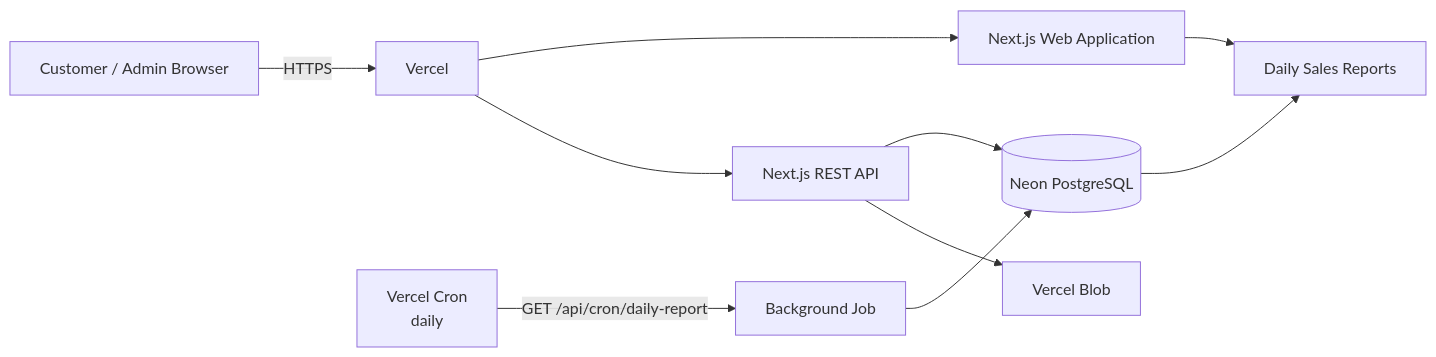
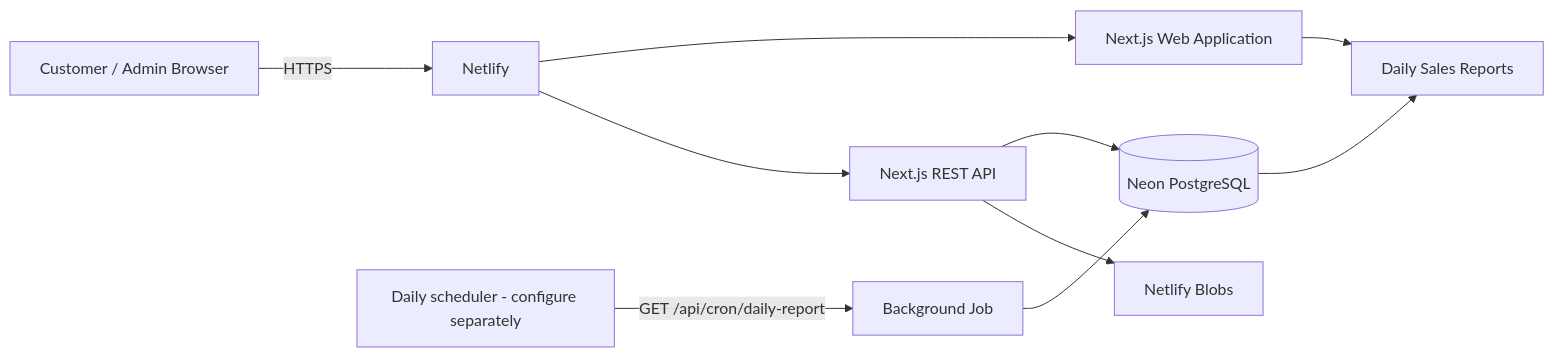
One commit to RositaRai/flower-shop changed the diagram in README.md. Above: the diagram before and after it, drawn with Mermaid. The commit also changed other lines of this file and 3 other files, not shown here.

````diff
--- a/README.md
+++ b/README.md
@@ -117,16 +132,16 @@
 ```mermaid
 flowchart LR
-    U[Customer / Admin Browser] -->|HTTPS| V[Vercel]
+    U[Customer / Admin Browser] -->|HTTPS| V[Netlify]
 
     V --> UI[Next.js Web Application]
     V --> API[Next.js REST API]
 
     API --> DB[(Neon PostgreSQL)]
-    API --> B[Vercel Blob]
+    API --> B[Netlify Blobs]
 
-    C[Vercel Cron<br/>daily] -->|GET /api/cron/daily-report| JOB[Background Job]
+    C[Daily scheduler - configure separately] -->|GET /api/cron/daily-report| JOB[Background Job]
     JOB --> DB
 
     DB --> R[Daily Sales Reports]
     UI --> R
 ```
````
